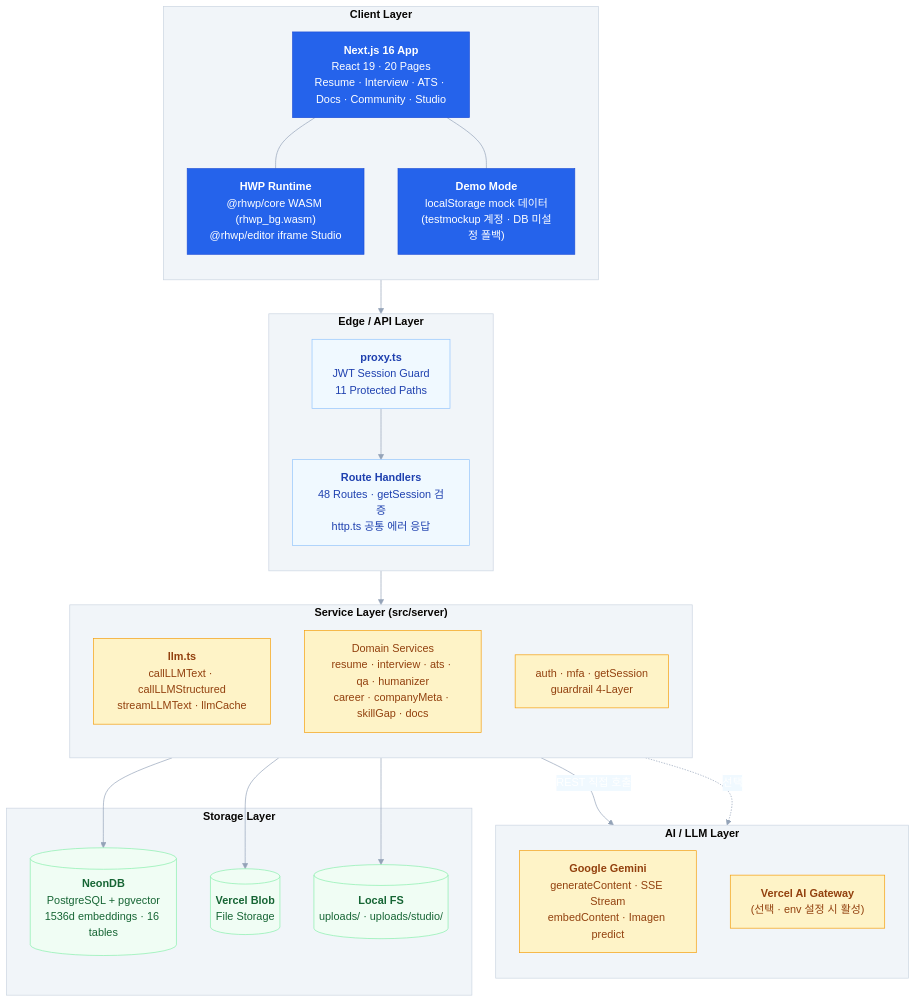
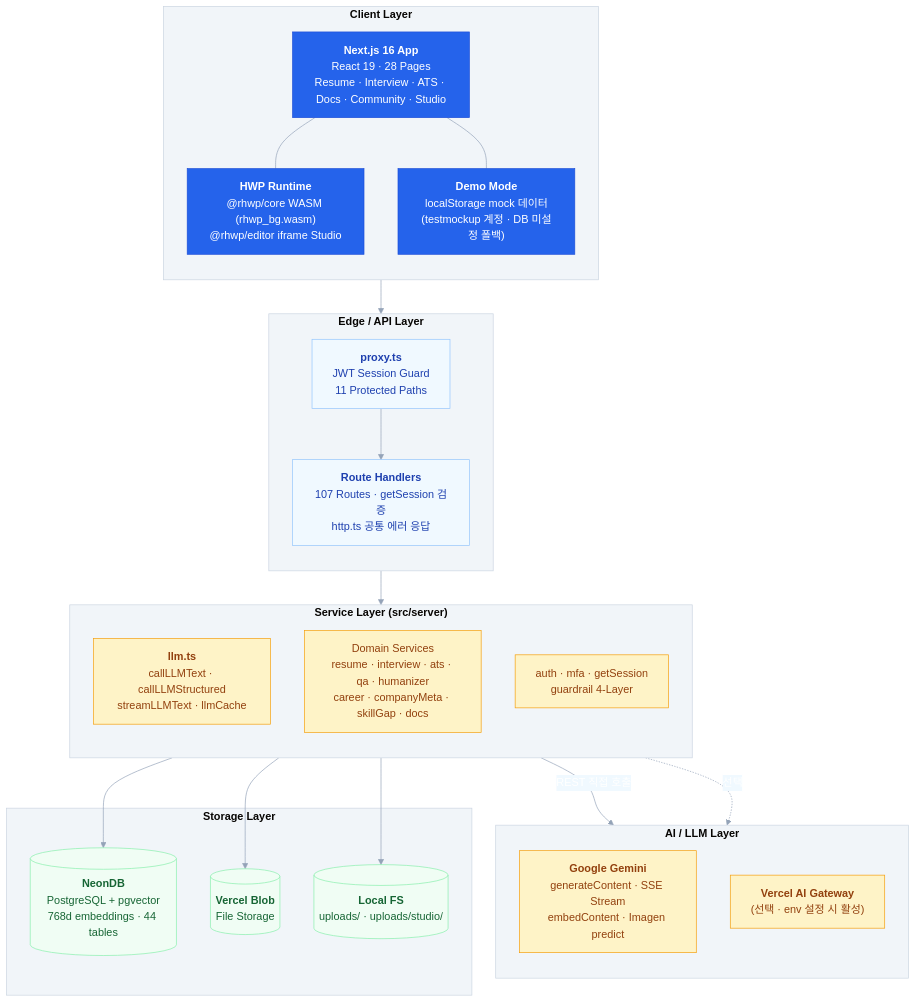
One commit to teamKairosdev/Kairos changed the first of 4 diagrams in README.md. Above: the diagram before and after it, drawn with Mermaid. The commit also changed other lines of this file and 33 other files, not shown here.

````diff
--- a/README.md
+++ b/README.md
@@ -16,55 +16,55 @@
 ```mermaid
 %%{init: {'theme':'base', 'themeVariables': { 'primaryColor': '#2563eb', 'primaryTextColor': '#fff', 'primaryBorderColor': '#1d4ed8', 'lineColor': '#94a3b8', 'secondaryColor': '#f0f9ff', 'tertiaryColor': '#f8fafc', 'clusterBkg': '#f1f5f9', 'clusterBorder': '#cbd5e1', 'nodeBorder': '#475569', 'nodeTextColor': '#1e293b'}}}%%
 flowchart TB
     subgraph Client["<b>Client Layer</b>"]
         direction TB
-        NEXT["<b>Next.js 16 App</b><br/>React 19 · 20 Pages<br/>Resume · Interview · ATS · Docs · Community · Studio"]
+        NEXT["<b>Next.js 16 App</b><br/>React 19 · 28 Pages<br/>Resume · Interview · ATS · Docs · Community · Studio"]
         HWP["<b>HWP Runtime</b><br/>@rhwp/core WASM (rhwp_bg.wasm)<br/>@rhwp/editor iframe Studio"]
         DEMO["<b>Demo Mode</b><br/>localStorage mock 데이터<br/>(testmockup 계정 · DB 미설정 폴백)"]
     end
 
     subgraph Edge["<b>Edge / API Layer</b>"]
         direction TB
         MW["<b>proxy.ts</b><br/>JWT Session Guard<br/>11 Protected Paths"]
-        API["<b>Route Handlers</b><br/>48 Routes · getSession 검증<br/>http.ts 공통 에러 응답"]
+        API["<b>Route Handlers</b><br/>107 Routes · getSession 검증<br/>http.ts 공통 에러 응답"]
     end
 
     subgraph Services["<b>Service Layer (src/server)</b>"]
         direction TB
         LLM_SVC["<b>llm.ts</b><br/>callLLMText · callLLMStructured<br/>streamLLMText · llmCache"]
         DOMAIN["Domain Services<br/>resume · interview · ats · qa · humanizer<br/>career · companyMeta · skillGap · docs"]
         AUTH_SVC["auth · mfa · getSession<br/>guardrail 4-Layer"]
     end
 
     subgraph AI["<b>AI / LLM Layer</b>"]
         direction TB
         GEMINI["<b>Google Gemini</b><br/>generateContent · SSE Stream<br/>embedContent · Imagen predict"]
         GATEWAY["<b>Vercel AI Gateway</b><br/>(선택 · env 설정 시 활성)"]
     end
 
     subgraph Storage["<b>Storage Layer</b>"]
-        NEON[("<b>NeonDB</b><br/>PostgreSQL + pgvector<br/>1536d embeddings · 16 tables")]
+        NEON[("<b>NeonDB</b><br/>PostgreSQL + pgvector<br/>768d embeddings · 44 tables")]
         BLOB[("<b>Vercel Blob</b><br/>File Storage")]
         LOCAL[("<b>Local FS</b><br/>uploads/ · uploads/studio/")]
     end
 
     NEXT --> MW
     MW --> API
     API --> Services
     LLM_SVC -->|"REST 직접 호출"| GEMINI
     LLM_SVC -.->|"선택"| GATEWAY
     Services --> NEON
     Services --> BLOB
     Services --> LOCAL
     NEXT --- HWP
     NEXT --- DEMO
 
     classDef primary fill:#2563eb,color:#fff,stroke:#1d4ed8
     classDef secondary fill:#f0f9ff,stroke:#93c5fd,color:#1e40af
     classDef accent fill:#fef3c7,stroke:#f59e0b,color:#92400e
     classDef storage fill:#f0fdf4,stroke:#86efac,color:#166534
     class NEXT,HWP,DEMO primary
     class MW,API secondary
     class LLM_SVC,DOMAIN,AUTH_SVC,GEMINI,GATEWAY accent
     class NEON,BLOB,LOCAL storage
 ```
````
